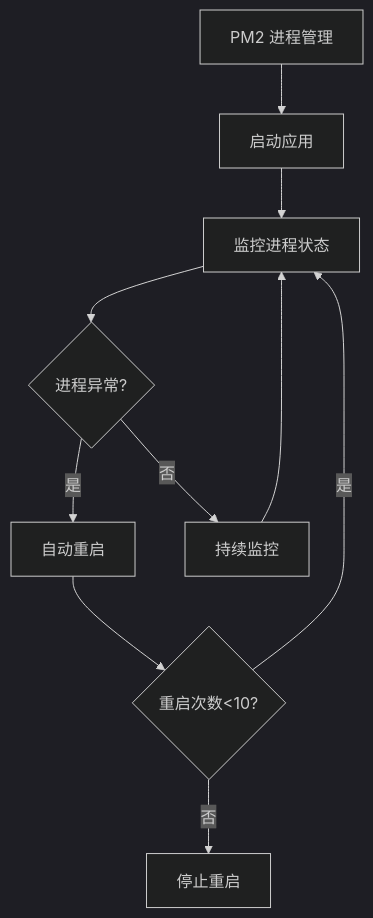
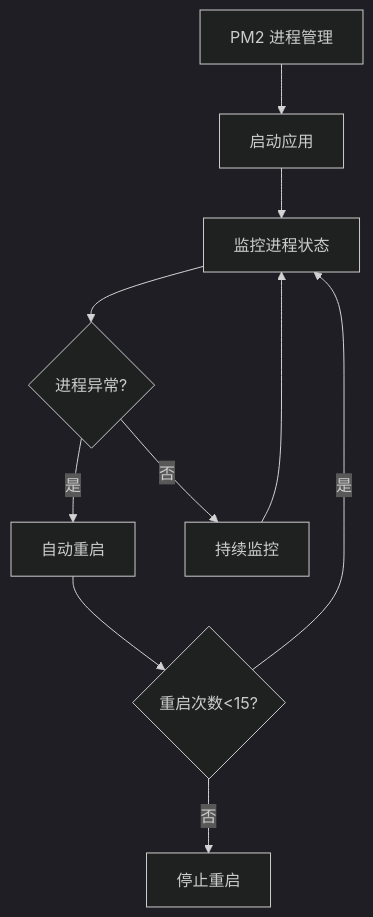
The second of 3 diagrams in .qoder/repowiki/zh/content/部署说明.md (Eyre921/yunqi), drawn with Mermaid (dark theme) before and after one commit. The commit also changed other lines of this file and 11 other files, not shown here.

````diff
--- a/.qoder/repowiki/zh/content/部署说明.md
+++ b/.qoder/repowiki/zh/content/部署说明.md
@@ -206,12 +223,12 @@
 ```mermaid
 graph TD
 A["PM2 进程管理"] --> B["启动应用"]
 B --> C["监控进程状态"]
 C --> D{"进程异常?"}
 D --> |是| E["自动重启"]
 D --> |否| F["持续监控"]
-E --> G{"重启次数<10?"}
+E --> G{"重启次数<15?"}
 G --> |是| C
 G --> |否| H["停止重启"]
 F --> C
 ```
````
